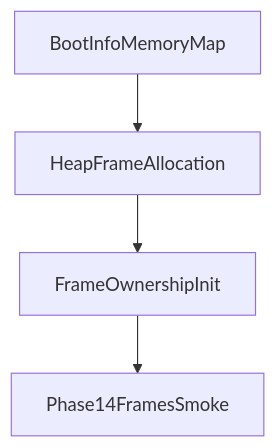
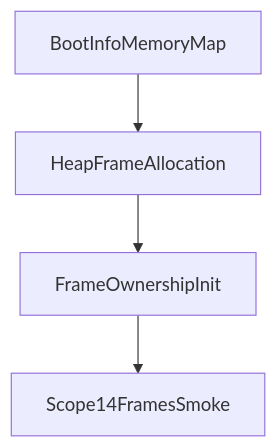
One commit to clancymendonca/ClanOS changed the diagram in docs/FRAME_OWNERSHIP.md. Above: the diagram before and after it, drawn with Mermaid. The commit also changed other lines of this file and 1009 other files, not shown here.

````diff
--- a/docs/FRAME_OWNERSHIP.md
+++ b/docs/FRAME_OWNERSHIP.md
@@ -19,6 +19,6 @@
 ```mermaid
 flowchart TD
 BootInfo[BootInfoMemoryMap] --> Heap[HeapFrameAllocation]
 Heap --> FrameOwnership[FrameOwnershipInit]
-FrameOwnership --> Smoke[Phase14FramesSmoke]
+FrameOwnership --> Smoke[Scope14FramesSmoke]
 ```
````
